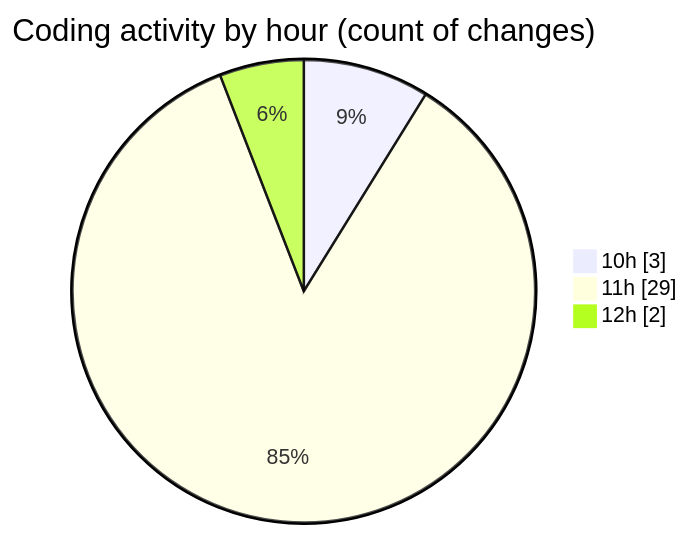
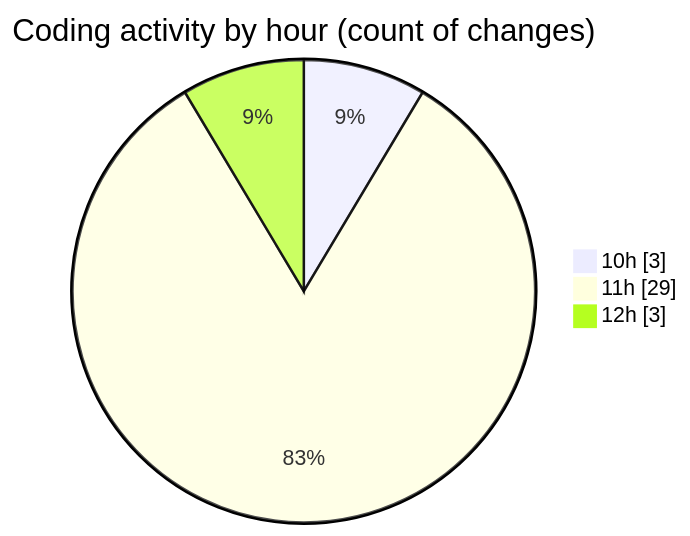
Before and after one commit to EIIisD/code-tracking: the second of 2 diagrams in 2025-08-14/ribbon/README.md, drawn with Mermaid. The commit also changed other lines of this file and 1 other file, not shown here.

````diff
--- a/2025-08-14/ribbon/README.md
+++ b/2025-08-14/ribbon/README.md
@@ -37,7 +37,7 @@
 ```mermaid
 pie showData
 title Coding activity by hour (count of changes)
 "10h" : 3
 "11h" : 29
-"12h" : 2
+"12h" : 3
 ```
````
